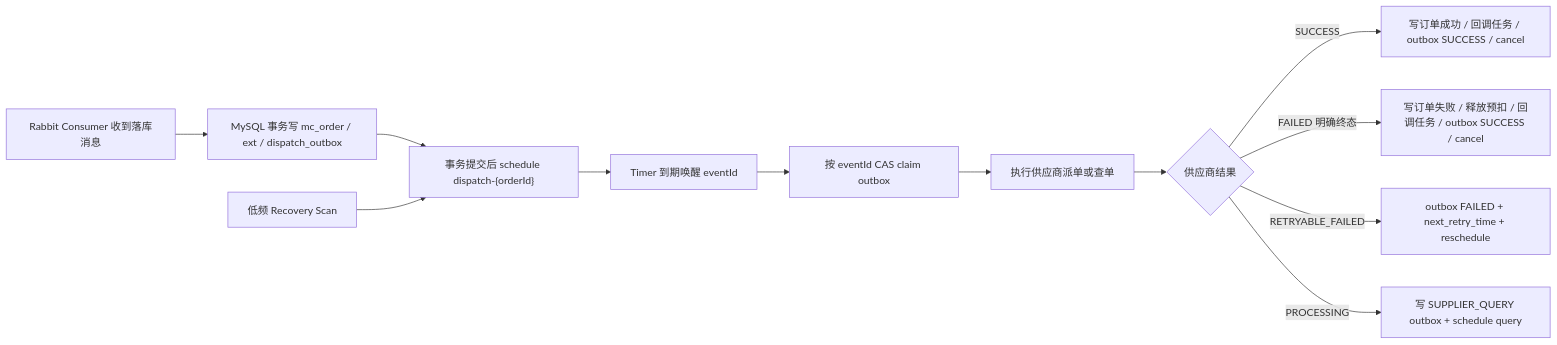
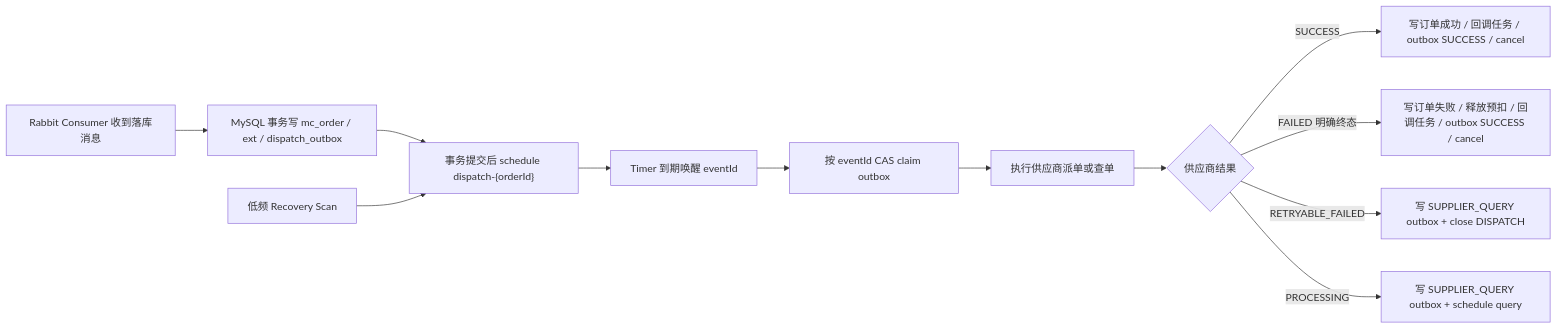
One commit to zwye1986/cardshop-trade-engine changed the diagram in docs/superpowers/specs/2026-07-22-outbox-timer-wakeup-design.md. Above: the diagram before and after it, drawn with Mermaid. The commit also changed other lines of this file and 38 other files, not shown here.

Commit message:
fulfillment: add dispatch timer query-first recovery

````diff
--- a/docs/superpowers/specs/2026-07-22-outbox-timer-wakeup-design.md
+++ b/docs/superpowers/specs/2026-07-22-outbox-timer-wakeup-design.md
@@ -112,14 +112,14 @@
 ```mermaid
 flowchart LR
     A["Rabbit Consumer 收到落库消息"] --> B["MySQL 事务写 mc_order / ext / dispatch_outbox"]
     B --> C["事务提交后 schedule dispatch-{orderId}"]
     C --> D["Timer 到期唤醒 eventId"]
     D --> E["按 eventId CAS claim outbox"]
     E --> F["执行供应商派单或查单"]
     F --> G{"供应商结果"}
     G -->|SUCCESS| H["写订单成功 / 回调任务 / outbox SUCCESS / cancel"]
     G -->|FAILED 明确终态| I["写订单失败 / 释放预扣 / 回调任务 / outbox SUCCESS / cancel"]
-    G -->|RETRYABLE_FAILED| J["outbox FAILED + next_retry_time + reschedule"]
+    G -->|RETRYABLE_FAILED| J["写 SUPPLIER_QUERY outbox + close DISPATCH"]
     G -->|PROCESSING| K["写 SUPPLIER_QUERY outbox + schedule query"]
     L["低频 Recovery Scan"] --> C
 ```
````
